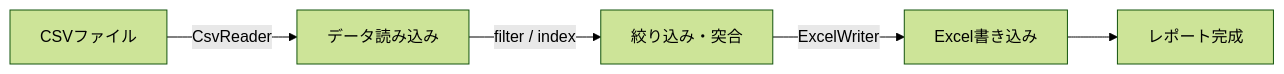
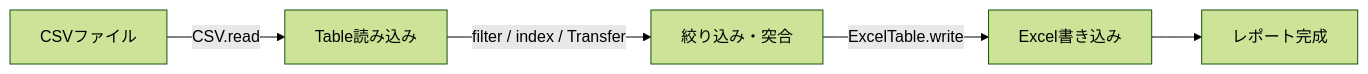
The third of 4 diagrams in README.md (tenniscorecom/comken), drawn with Mermaid (forest theme) before and after one commit. The commit also changed other lines of this file and 20 other files, not shown here.

Commit message:
fix: harden table transfer and excel workflows

````diff
--- a/README.md
+++ b/README.md
@@ -605,7 +605,7 @@
 ```mermaid
 flowchart LR
-    A["CSVファイル"] -->|CsvReader| B["データ読み込み"]
-    B -->|filter / index| C["絞り込み・突合"]
-    C -->|ExcelWriter| D["Excel書き込み"]
+    A["CSVファイル"] -->|CSV.read| B["Table読み込み"]
+    B -->|filter / index / Transfer| C["絞り込み・突合"]
+    C -->|ExcelTable.write| D["Excel書き込み"]
     D --> E["レポート完成"]
 ```
````
